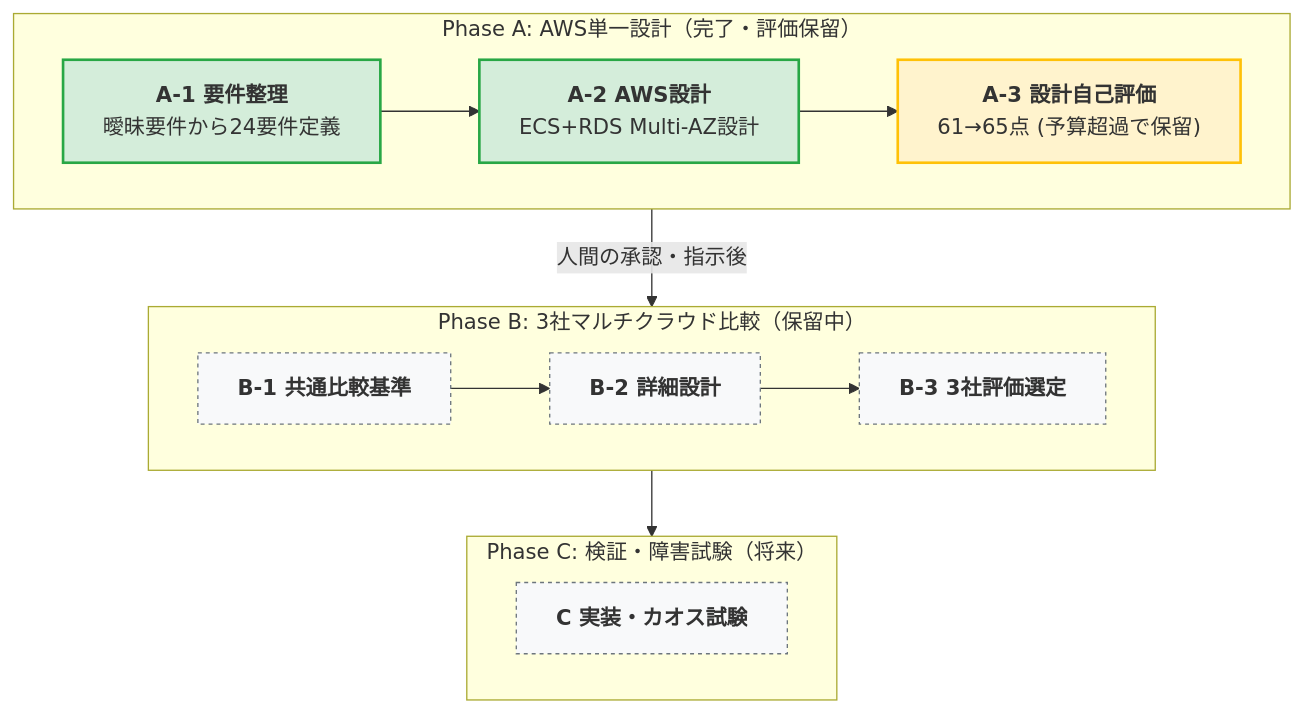
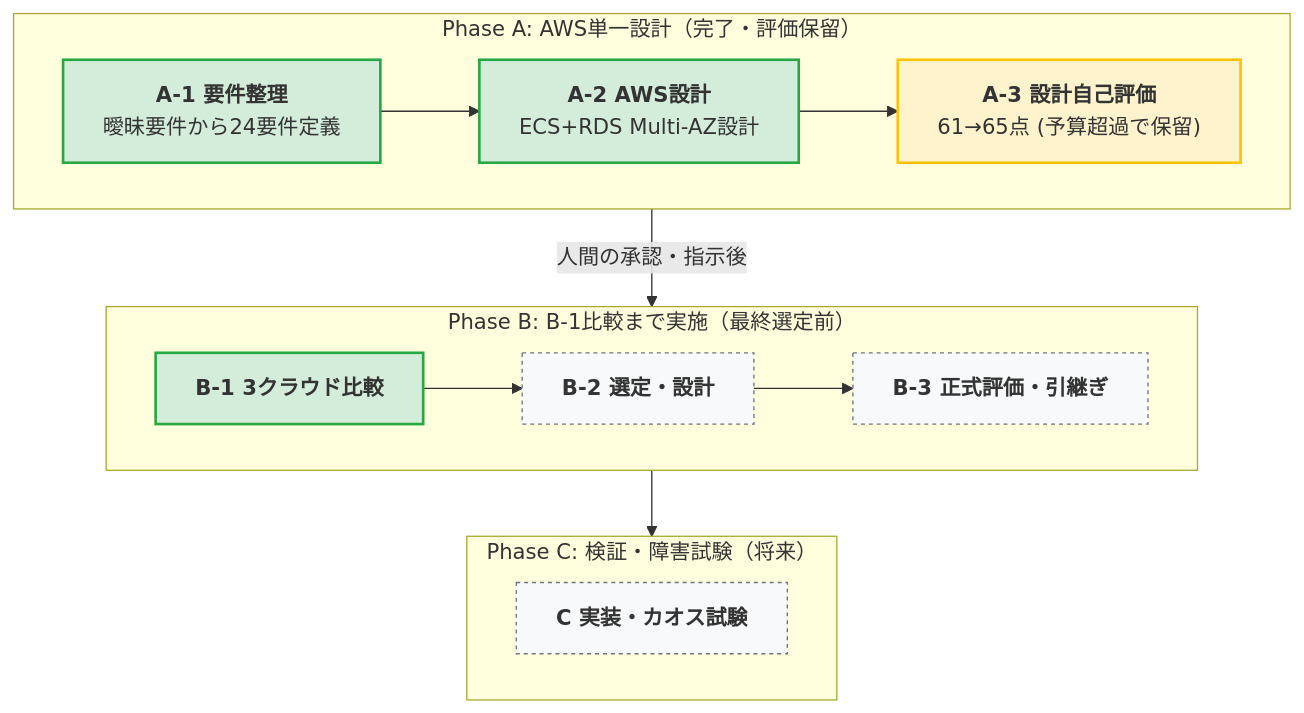
One commit to moruku36/cloud-validation-level3-astra-light changed the diagram in README.md. Above: the diagram before and after it, drawn with Mermaid. The commit also changed other lines of this file and 6 other files, not shown here.

````diff
--- a/README.md
+++ b/README.md
@@ -24,24 +25,25 @@
 ```mermaid
 flowchart TB
   subgraph PhaseA ["Phase A: AWS単一設計（完了・評価保留）"]
     direction LR
     A1["<b>A-1 要件整理</b><br/>曖昧要件から24要件定義"] --> A2["<b>A-2 AWS設計</b><br/>ECS+RDS Multi-AZ設計"] --> A3["<b>A-3 設計自己評価</b><br/>61→65点 (予算超過で保留)"]
   end
-  subgraph PhaseB ["Phase B: 3社マルチクラウド比較（保留中）"]
+  subgraph PhaseB ["Phase B: B-1比較まで実施（最終選定前）"]
     direction LR
-    B1["<b>B-1 共通比較基準</b>"] --> B2["<b>B-2 詳細設計</b>"] --> B3["<b>B-3 3社評価選定</b>"]
+    B1["<b>B-1 3クラウド比較</b>"] --> B2["<b>B-2 選定・設計</b>"] --> B3["<b>B-3 正式評価・引継ぎ</b>"]
   end
   subgraph PhaseC ["Phase C: 検証・障害試験（将来）"]
     C1["<b>C 実装・カオス試験</b>"]
   end
 
   PhaseA -->|人間の承認・指示後| PhaseB
   PhaseB --> PhaseC
 
   classDef done fill:#d4edda,stroke:#28a745,stroke-width:2px;
   classDef pending fill:#fff3cd,stroke:#ffc107,stroke-width:2px;
   classDef future fill:#f8f9fa,stroke:#6c757d,stroke-width:1px,stroke-dasharray: 3 3;
   class A1,A2 done;
   class A3 pending;
-  class B1,B2,B3,C1 future;
+  class B1 done;
+  class B2,B3,C1 future;
 ```
````
